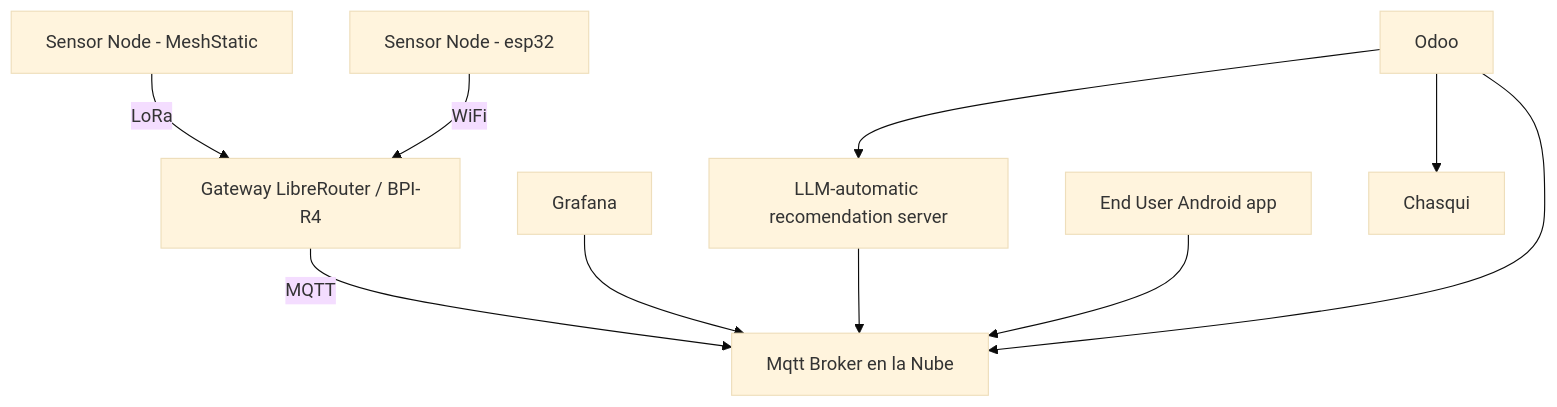
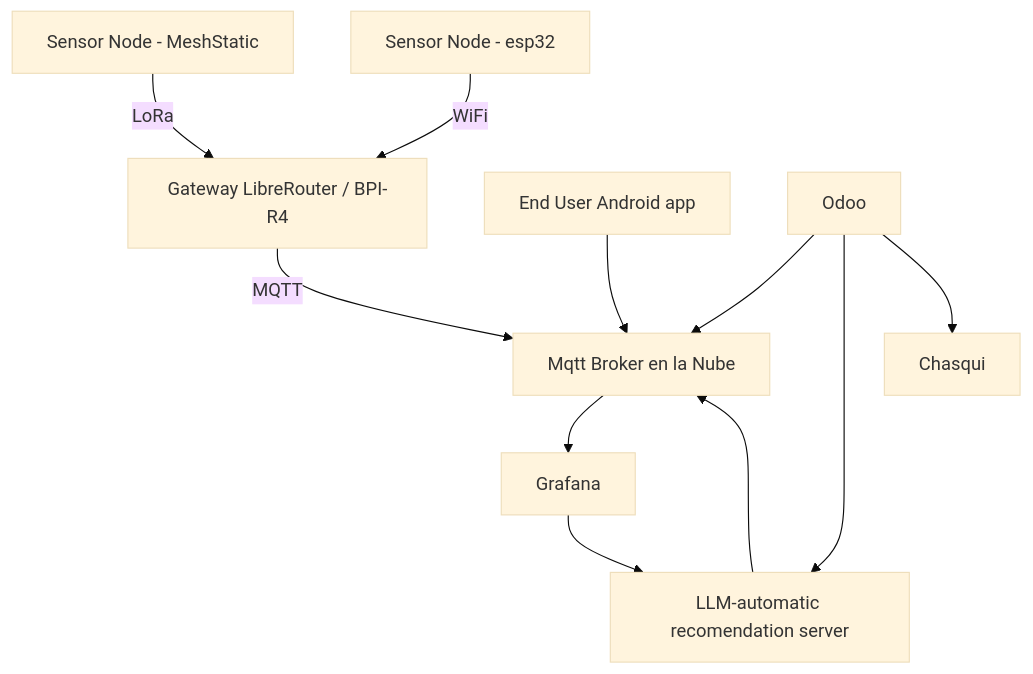
One commit to Pablomonte/incuwebsite changed the diagram in docs/# Ecosistema informático para la agricultura familiar.md. Above: the diagram before and after it, drawn with Mermaid (base theme).

Commit message:
Update # Ecosistema informático para la agricultura familiar.md

````diff
--- a/docs/# Ecosistema informático para la agricultura familiar.md
+++ b/docs/# Ecosistema informático para la agricultura familiar.md
@@ -97,13 +97,13 @@
 ```mermaid
 graph TD
   A[Sensor Node - MeshStatic] -- LoRa --> B[Gateway LibreRouter / BPI-R4]
-  
   B -- MQTT --> C[Mqtt Broker en la Nube]
-  D[Grafana] -->  C[Mqtt Broker en la Nube]
+  C[Mqtt Broker en la Nube] --> D[Grafana] 
   E[Sensor Node - esp32] -- WiFi --> B[Gateway LibreRouter / BPI-R4]
   F[LLM-automatic recomendation server]  -->  C[Mqtt Broker en la Nube]
   G[End User Android app] -->  C[Mqtt Broker en la Nube]
   H[Odoo]  -->  C[Mqtt Broker en la Nube]
   H[Odoo]  -->  F[LLM-automatic recomendation server]
-  H[Odoo]  -->  I[Chasqui] 
+  H[Odoo]  -->  I[Chasqui]
+  D[Grafana] -->  F[LLM-automatic recomendation server]  
 ```
````
